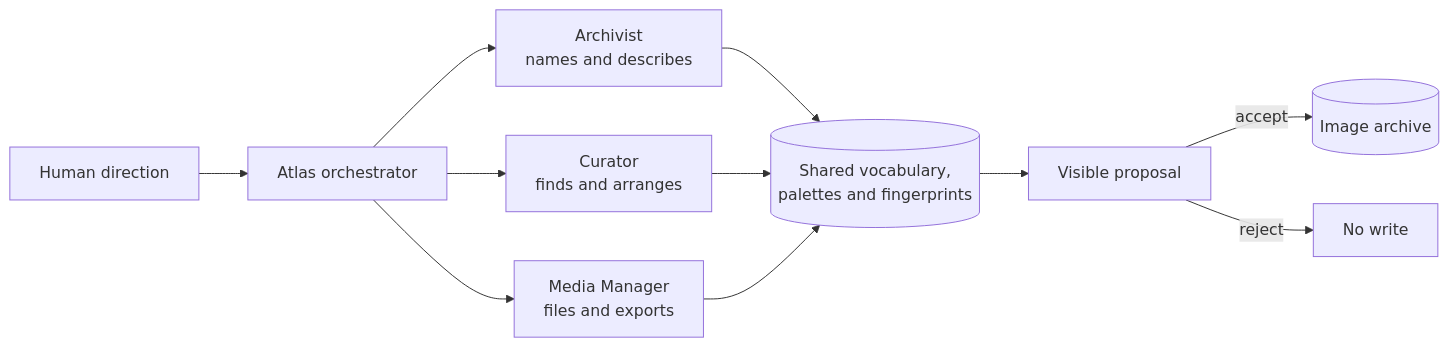
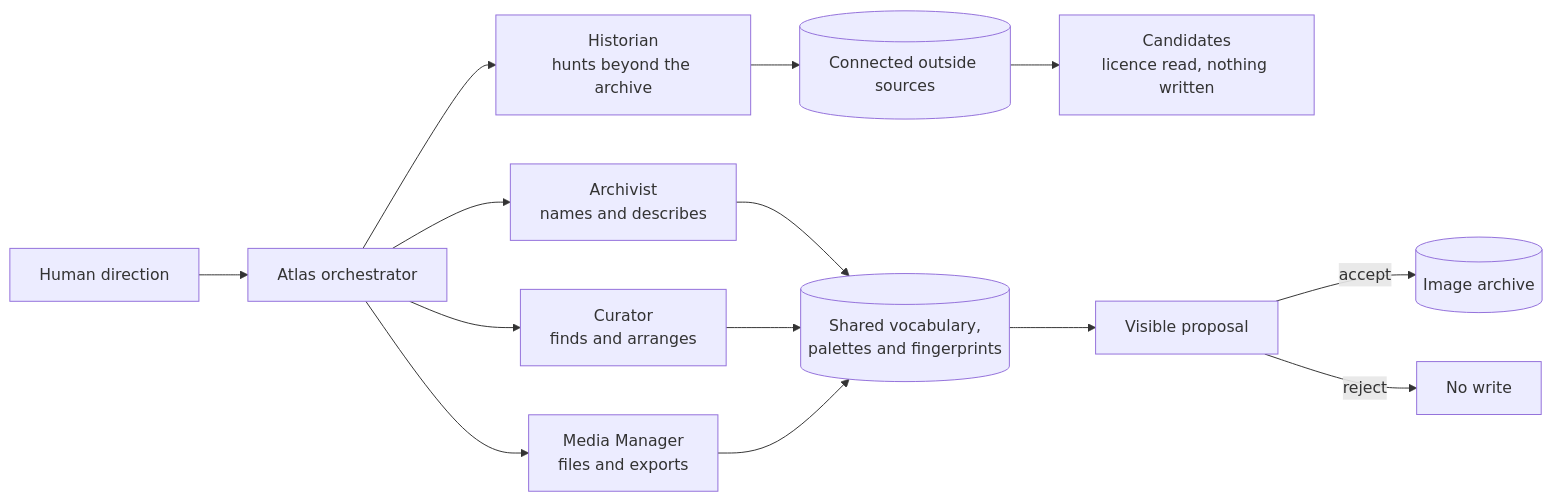
The diagram in README.md (amachinic/agentic-archive), drawn with Mermaid before and after one commit. The commit also changed other lines of this file and 4 other files, not shown here.

````diff
--- a/README.md
+++ b/README.md
@@ -29,13 +29,16 @@
 ```mermaid
 flowchart LR
     Human[Human direction] --> Atlas[Atlas orchestrator]
     Atlas --> Archivist[Archivist<br/>names and describes]
     Atlas --> Curator[Curator<br/>finds and arranges]
+    Atlas --> Historian[Historian<br/>hunts beyond the archive]
     Atlas --> Manager[Media Manager<br/>files and exports]
     Archivist --> Data[(Shared vocabulary,<br/>palettes and fingerprints)]
     Curator --> Data
     Manager --> Data
+    Historian --> Sources[(Connected outside sources)]
+    Sources --> Candidates[Candidates<br/>licence read, nothing written]
     Data --> Proposal[Visible proposal]
     Proposal -->|accept| Library[(Image archive)]
     Proposal -->|reject| Stop[No write]
 ```
````
